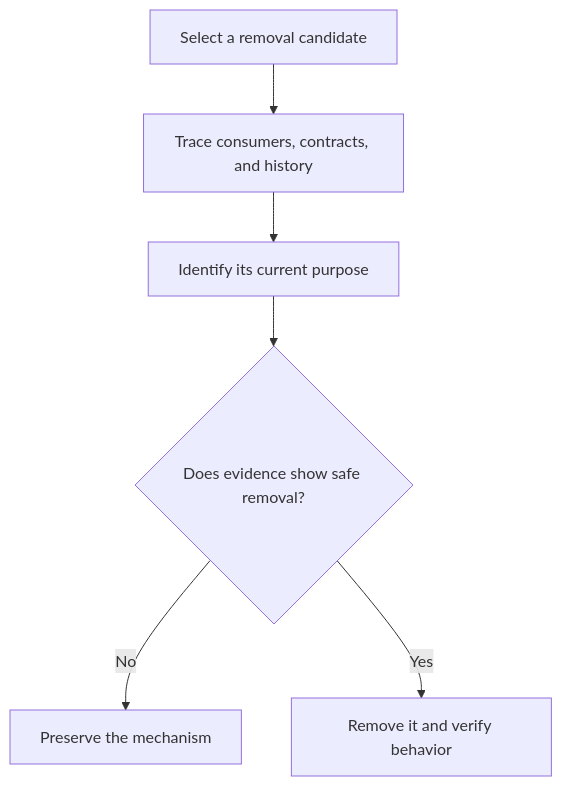
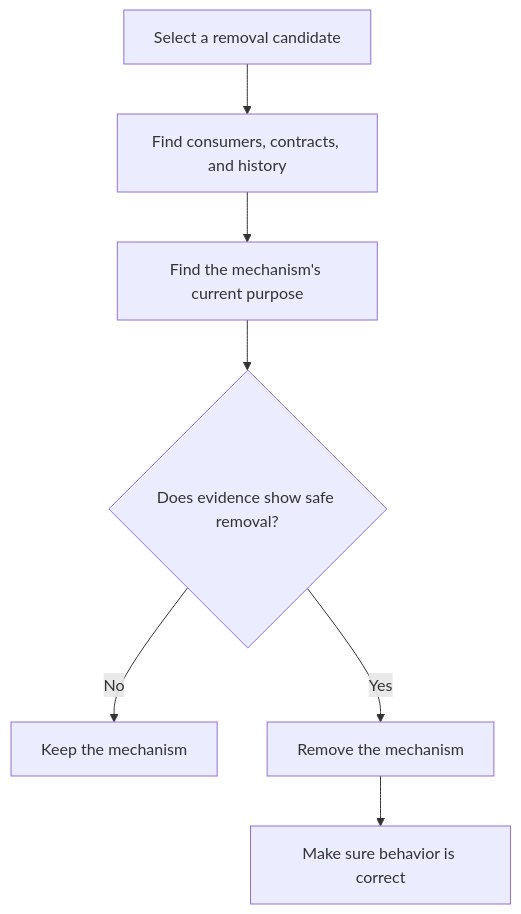
The diagram in docs/principles/details/p008-understand-before-subtracting.md (HomericIntelligence/Athena), drawn with Mermaid before and after one commit. The commit also changed other lines of this file and 91 other files, not shown here.

````diff
--- a/docs/principles/details/p008-understand-before-subtracting.md
+++ b/docs/principles/details/p008-understand-before-subtracting.md
@@ -32,8 +32,9 @@
 ```mermaid
 flowchart TD
-    A["Select a removal candidate"] --> B["Trace consumers, contracts, and history"]
-    B --> C["Identify its current purpose"]
+    A["Select a removal candidate"] --> B["Find consumers, contracts, and history"]
+    B --> C["Find the mechanism's current purpose"]
     C --> D{"Does evidence show safe removal?"}
-    D -->|No| E["Preserve the mechanism"]
-    D -->|Yes| F["Remove it and verify behavior"]
+    D -->|No| E["Keep the mechanism"]
+    D -->|Yes| F["Remove the mechanism"]
+    F --> G["Make sure behavior is correct"]
 ```
````
